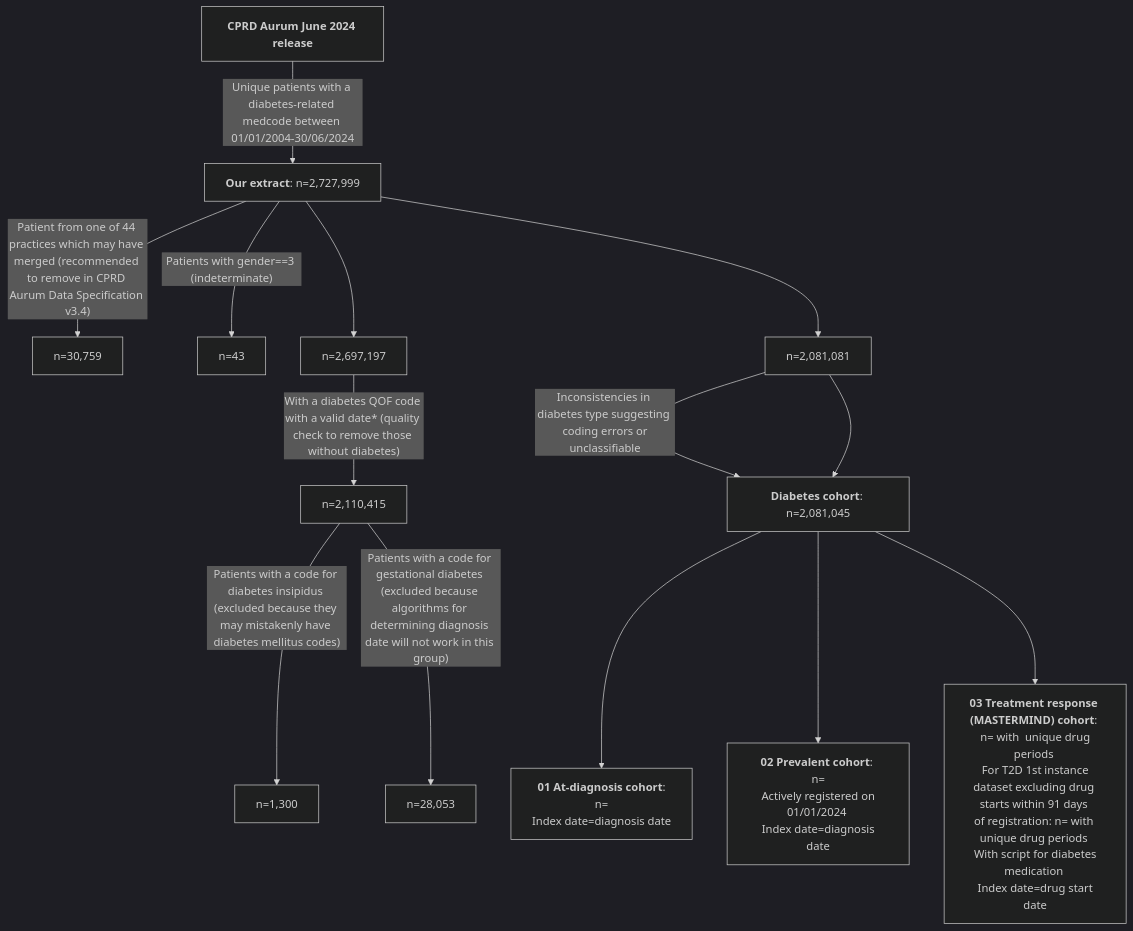
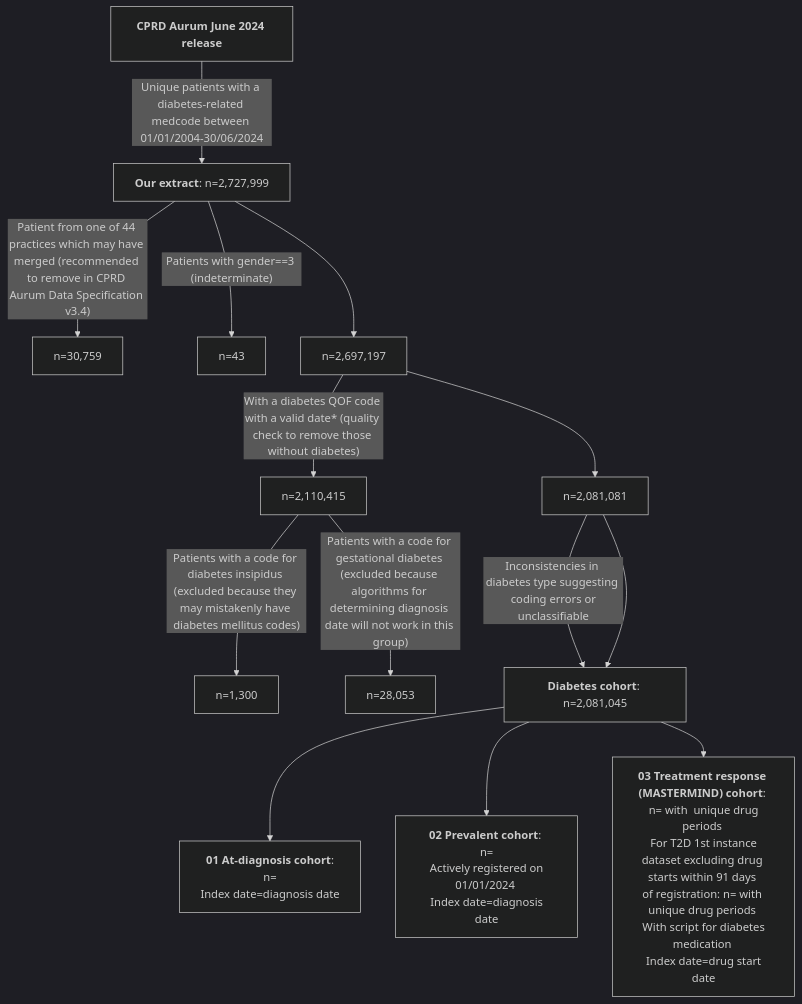
Before and after one commit to Exeter-Diabetes/CPRD-Cohort-scripts: the first of 2 diagrams in README.md, drawn with Mermaid (dark theme).

````diff
--- a/README.md
+++ b/README.md
@@ -12,16 +12,16 @@
 ```mermaid
 graph TD;
     A["<b>CPRD Aurum June 2024 release</b>"] --> |"Unique patients with a diabetes-related medcode between 01/01/2004-30/06/2024"| B["<b>Our extract</b>: n=2,727,999"]
     B -->|"Patient from one of 44 practices which may have merged (recommended to remove in CPRD Aurum Data Specification v3.4)"|C["n=30,759"]
     B -->|"Patients with gender==3 (indeterminate)"|D["n=43"]
     B --> E["n=2,697,197"]
     E -->|"With a diabetes QOF code with a valid date* (quality check to remove those without diabetes)"|F["n=2,110,415"]
     F -->|"Patients with a code for diabetes insipidus (excluded because they may mistakenly have diabetes mellitus codes)"|G["n=1,300"]
     F -->|"Patients with a code for gestational diabetes (excluded because algorithms for determining diagnosis date will not work in this group)"|H["n=28,053"]
-    B --> I["n=2,081,081"]
+    E --> I["n=2,081,081"]
     I --> |"Inconsistencies in diabetes type suggesting <br> coding errors or unclassifiable"|K["n=36"]
     I --> K["<b>Diabetes cohort</b>: n=2,081,045"]
     K --> L["<b>01 At-diagnosis cohort</b>: <br> n= <br> Index date=diagnosis date"]
     K --> M["<b>02 Prevalent cohort</b>: <br> n= <br> Actively registered on 01/01/2024 <br> Index date=diagnosis date"]
     K --> N["<b>03 Treatment response (MASTERMIND) cohort</b>: <br> n= with  unique drug periods <br> For T2D 1st instance dataset excluding drug starts within 91 days <br> of registration: n= with  unique drug periods <br> With script for diabetes medication <br> Index date=drug start date"]
 ```
````
